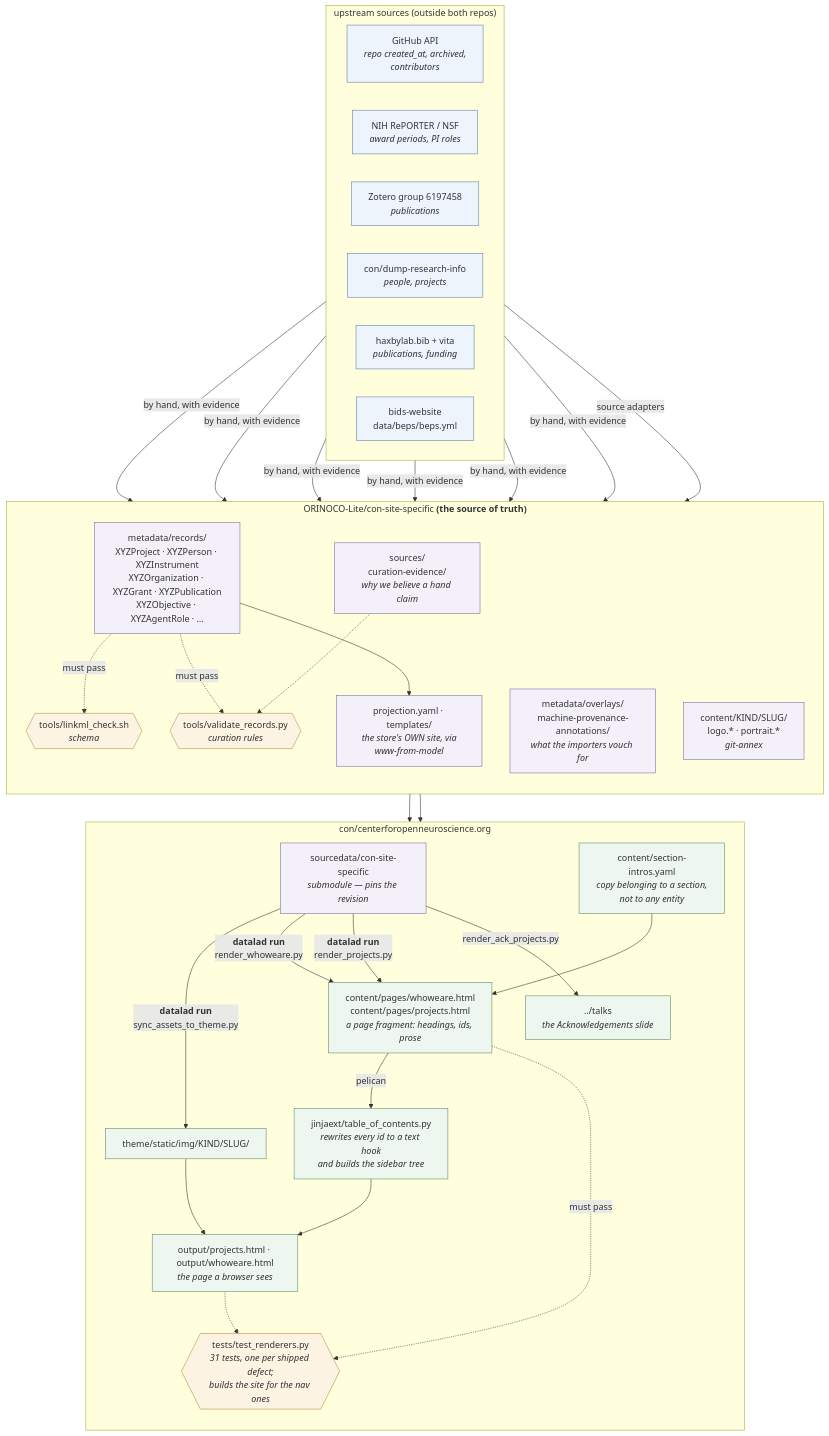
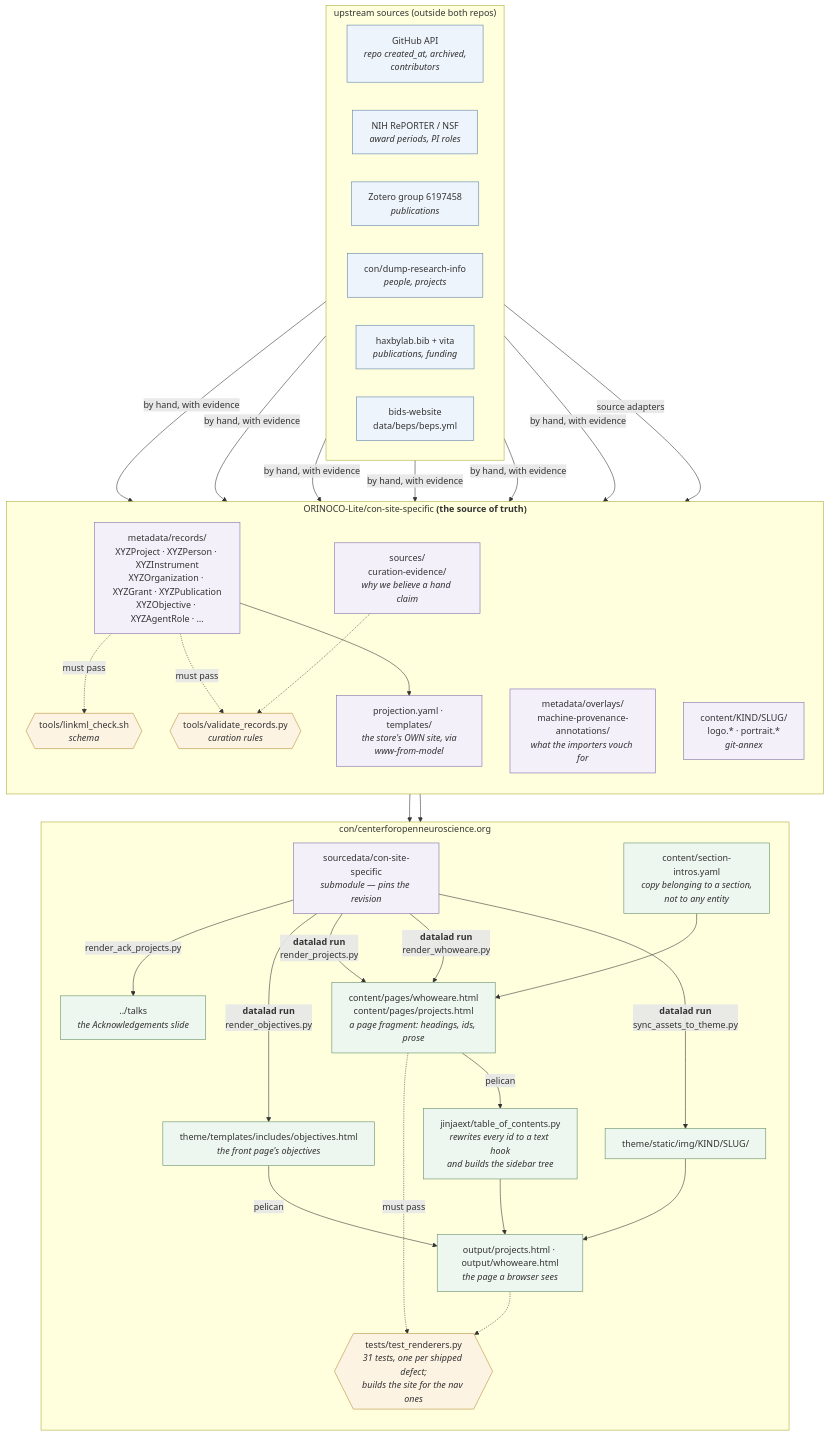
Before and after one commit to con/centerforopenneuroscience.org: the diagram in .specify/specs/metadata-flow.md, drawn with Mermaid. The commit also changed other lines of this file and 5 other files, not shown here.

First line of the commit message:
front page: render "Objectives" from the record store

````diff
--- a/.specify/specs/metadata-flow.md
+++ b/.specify/specs/metadata-flow.md
@@ -8,67 +8,70 @@
 ```mermaid
 flowchart TB
   subgraph upstream["upstream sources (outside both repos)"]
     direction LR
     GH["GitHub API<br/><i>repo created_at, archived,<br/>contributors</i>"]
     NIH["NIH RePORTER / NSF<br/><i>award periods, PI roles</i>"]
     ZOT["Zotero group 6197458<br/><i>publications</i>"]
     DRI["con/dump-research-info<br/><i>people, projects</i>"]
     BIB["haxbylab.bib + vita<br/><i>publications, funding</i>"]
     BEP["bids-website<br/>data/beps/beps.yml"]
   end
 
   subgraph store["ORINOCO-Lite/con-site-specific <b>(the source of truth)</b>"]
     %% Layout as of the 2026-10-13 merge of main: the curation evidence moved
     %% from metadata/overlays/ to sources/, and the rules from
     %% metadata/CURATION.md to docs/metadata-curation.md.
     direction TB
     REC["metadata/records/<br/>XYZProject · XYZPerson · XYZInstrument<br/>XYZOrganization · XYZGrant · XYZPublication<br/>XYZObjective · XYZAgentRole · …"]
     OVM["metadata/overlays/<br/>machine-provenance-annotations/<br/><i>what the importers vouch for</i>"]
     OVC["sources/<br/>curation-evidence/<br/><i>why we believe a hand claim</i>"]
     AST["content/KIND/SLUG/<br/>logo.* · portrait.*<br/><i>git-annex</i>"]
     PROJ["projection.yaml · templates/<br/><i>the store's OWN site, via<br/>www-from-model</i>"]
     GATE1{{"tools/linkml_check.sh<br/><i>schema</i>"}}
     GATE2{{"tools/validate_records.py<br/><i>curation rules</i>"}}
   end
 
   subgraph site["con/centerforopenneuroscience.org"]
     direction TB
     SUB["sourcedata/con-site-specific<br/><i>submodule — pins the revision</i>"]
     INTRO["content/section-intros.yaml<br/><i>copy belonging to a section,<br/>not to any entity</i>"]
     THEME["theme/static/img/KIND/SLUG/"]
     PAGES["content/pages/whoweare.html<br/>content/pages/projects.html<br/><i>a page fragment: headings, ids, prose</i>"]
+    OBJ["theme/templates/includes/objectives.html<br/><i>the front page's objectives</i>"]
     TOC["jinjaext/table_of_contents.py<br/><i>rewrites every id to a text hook<br/>and builds the sidebar tree</i>"]
     OUT["output/projects.html · output/whoweare.html<br/><i>the page a browser sees</i>"]
     DECK["../talks<br/><i>the Acknowledgements slide</i>"]
     GATE3{{"tests/test_renderers.py<br/><i>31 tests, one per shipped defect;<br/>builds the site for the nav ones</i>"}}
   end
 
   GH & NIH & ZOT & DRI & BIB & BEP -->|"by hand, with evidence"| REC
   DRI -->|"source adapters"| OVM
   REC -.->|"must pass"| GATE1
   REC -.->|"must pass"| GATE2
   OVC -.-> GATE2
   REC --> PROJ
   REC --> SUB
   AST --> SUB
 
   SUB -->|"<b>datalad run</b><br/>sync_assets_to_theme.py"| THEME
   SUB -->|"<b>datalad run</b><br/>render_whoweare.py"| PAGES
   SUB -->|"<b>datalad run</b><br/>render_projects.py"| PAGES
+  SUB -->|"<b>datalad run</b><br/>render_objectives.py"| OBJ
   SUB -->|"render_ack_projects.py"| DECK
   INTRO --> PAGES
   THEME --> OUT
+  OBJ -->|"pelican"| OUT
   PAGES -->|"pelican"| TOC
   TOC --> OUT
   PAGES -.->|"must pass"| GATE3
   OUT -.-> GATE3
 
   classDef src fill:#eef4fb,stroke:#5b7fa6
   classDef rec fill:#f3f0fa,stroke:#7a6aa8
   classDef gen fill:#eef7ef,stroke:#5d8a63
   classDef gate fill:#fdf3e3,stroke:#b58b3a
   class GH,NIH,ZOT,DRI,BIB,BEP src
   class REC,OVM,OVC,AST,SUB,PROJ rec
-  class THEME,PAGES,OUT,INTRO,TOC,DECK gen
+  class THEME,PAGES,OBJ,OUT,INTRO,TOC,DECK gen
   class GATE1,GATE2,GATE3 gate
 ```
````
